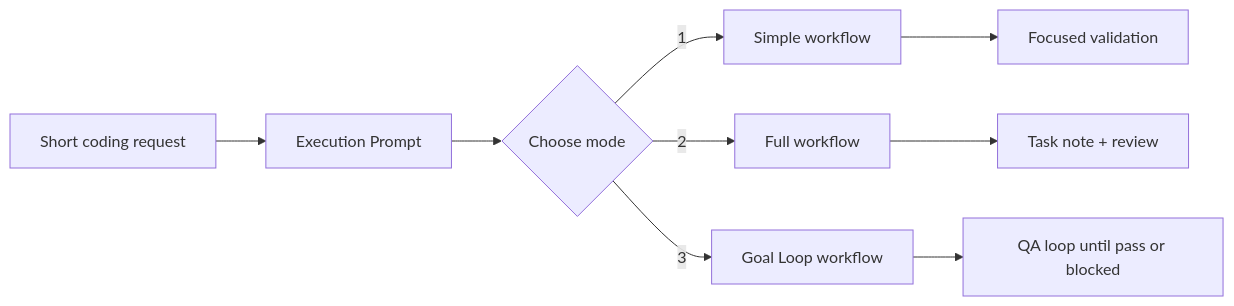
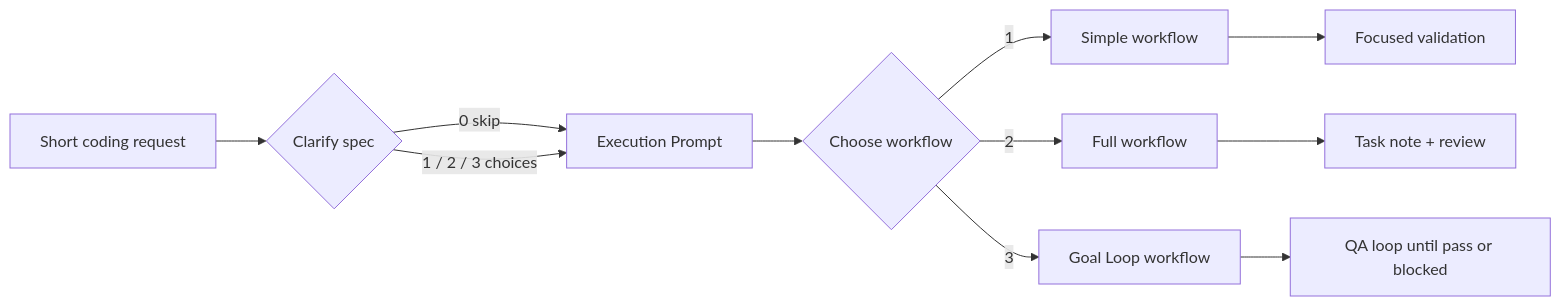
Before and after one commit to youngchangjo/simplepowers-codex-skill: the diagram in README.md, drawn with Mermaid. The commit also changed other lines of this file and 3 other files, not shown here.

````diff
--- a/README.md
+++ b/README.md
@@ -45,11 +45,13 @@
 ```mermaid
 flowchart LR
-  A["Short coding request"] --> B["Execution Prompt"]
-  B --> C{"Choose mode"}
-  C -->|"1"| D["Simple workflow"]
-  C -->|"2"| E["Full workflow"]
-  C -->|"3"| F["Goal Loop workflow"]
-  D --> G["Focused validation"]
-  E --> H["Task note + review"]
-  F --> I["QA loop until pass or blocked"]
+  A["Short coding request"] --> B{"Clarify spec"}
+  B -->|"0 skip"| C["Execution Prompt"]
+  B -->|"1 / 2 / 3 choices"| C
+  C --> D{"Choose workflow"}
+  D -->|"1"| E["Simple workflow"]
+  D -->|"2"| F["Full workflow"]
+  D -->|"3"| G["Goal Loop workflow"]
+  E --> H["Focused validation"]
+  F --> I["Task note + review"]
+  G --> J["QA loop until pass or blocked"]
 ```
````
